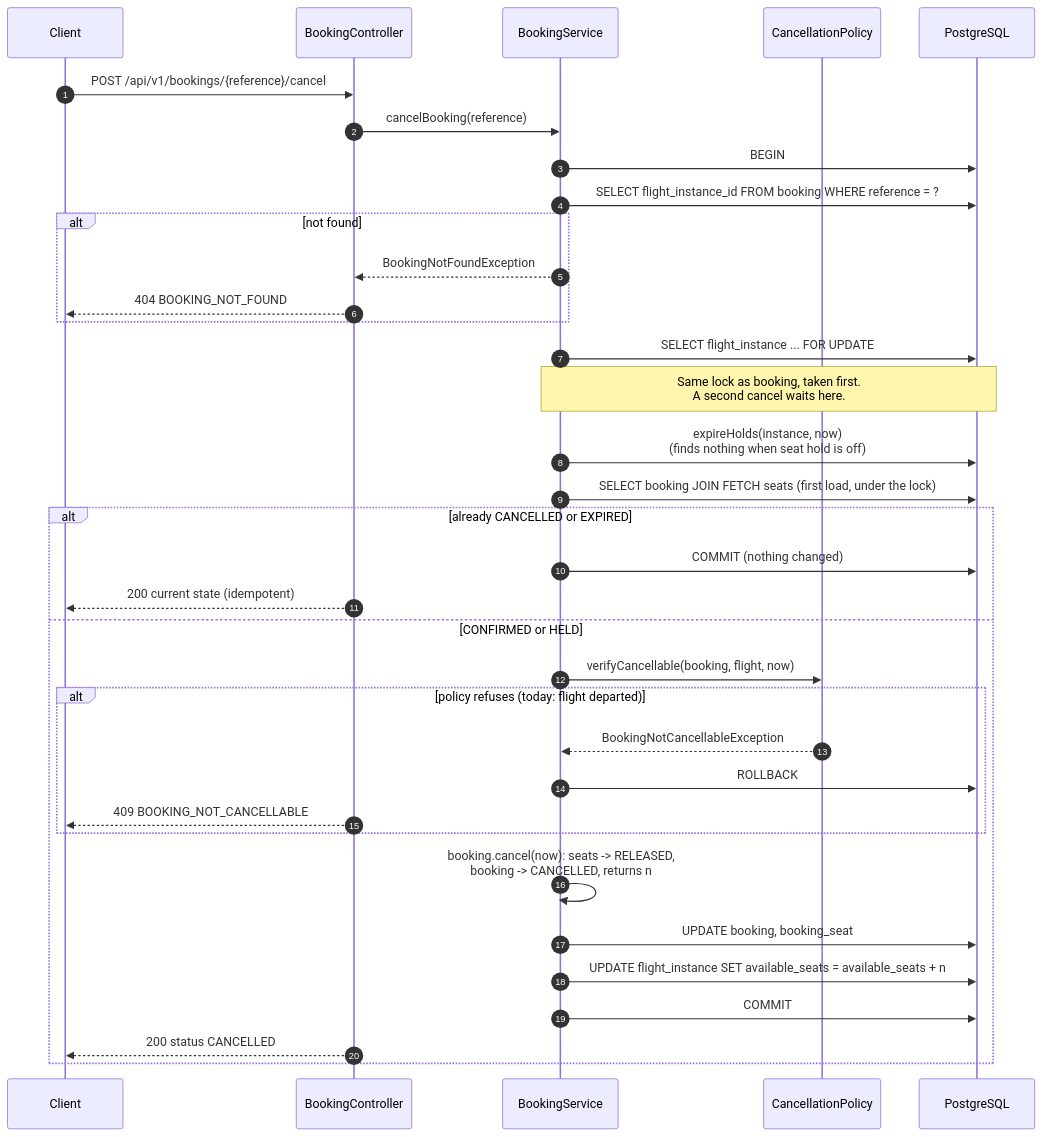
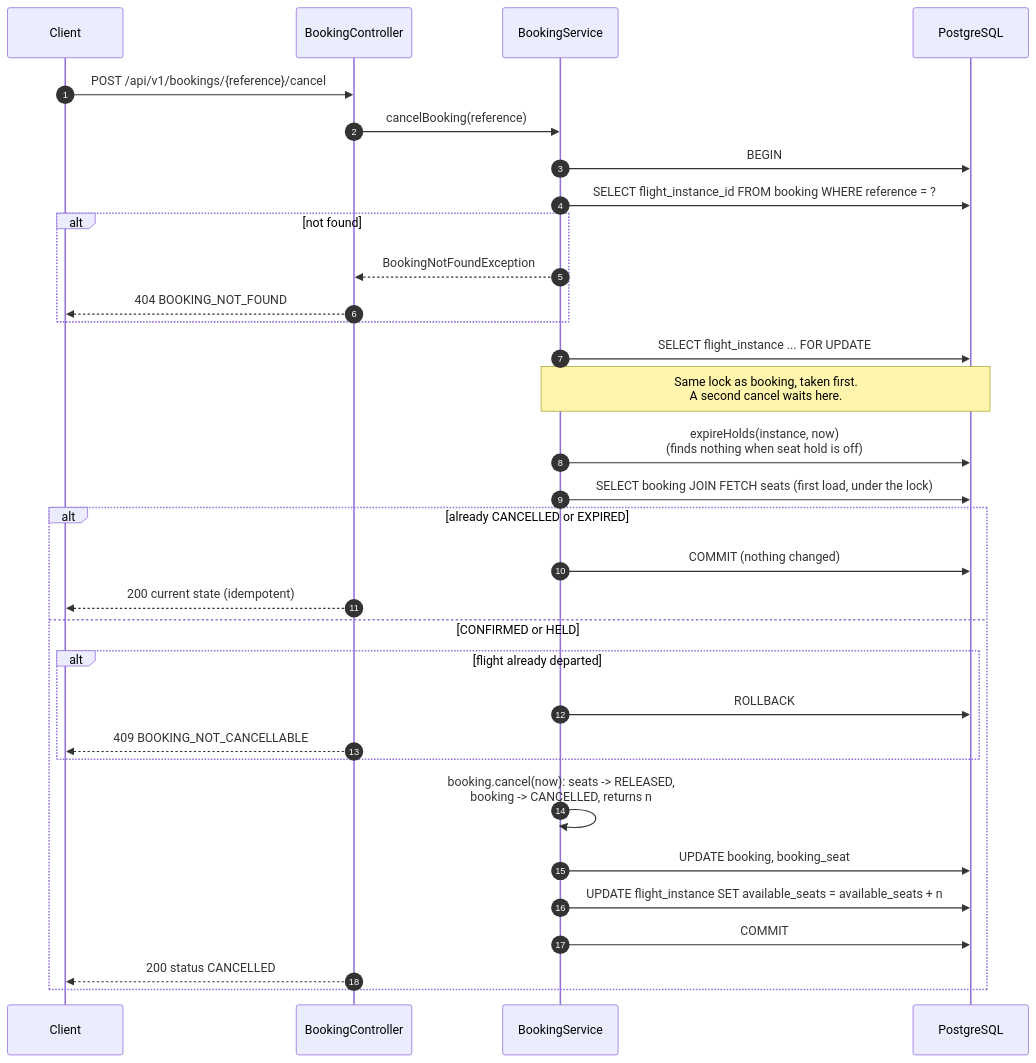
Before and after one commit to ambikadasc/airline-ticketing-system: the diagram in hld/diagrams/cancellation-sequence.mmd, drawn with Mermaid. The commit also changed 35 other files, not shown here.

Commit message:
hardening: portable tooling, safer defaults and schema integrity

```diff
--- a/hld/diagrams/cancellation-sequence.mmd
+++ b/hld/diagrams/cancellation-sequence.mmd
@@ -1,36 +1,33 @@
 sequenceDiagram
     autonumber
     participant C as Client
     participant API as BookingController
     participant S as BookingService
-    participant P as CancellationPolicy
     participant DB as PostgreSQL
 
     C->>API: POST /api/v1/bookings/{reference}/cancel
     API->>S: cancelBooking(reference)
     S->>DB: BEGIN
     S->>DB: SELECT flight_instance_id FROM booking WHERE reference = ?
     alt not found
         S-->>API: BookingNotFoundException
         API-->>C: 404 BOOKING_NOT_FOUND
     end
     S->>DB: SELECT flight_instance ... FOR UPDATE
     Note over S,DB: Same lock as booking, taken first.<br/>A second cancel waits here.
     S->>DB: expireHolds(instance, now)<br/>(finds nothing when seat hold is off)
     S->>DB: SELECT booking JOIN FETCH seats (first load, under the lock)
     alt already CANCELLED or EXPIRED
         S->>DB: COMMIT (nothing changed)
         API-->>C: 200 current state (idempotent)
     else CONFIRMED or HELD
-        S->>P: verifyCancellable(booking, flight, now)
-        alt policy refuses (today: flight departed)
-            P-->>S: BookingNotCancellableException
+        alt flight already departed
             S->>DB: ROLLBACK
             API-->>C: 409 BOOKING_NOT_CANCELLABLE
         end
         S->>S: booking.cancel(now): seats -> RELEASED,<br/>booking -> CANCELLED, returns n
         S->>DB: UPDATE booking, booking_seat
         S->>DB: UPDATE flight_instance SET available_seats = available_seats + n
         S->>DB: COMMIT
         API-->>C: 200 status CANCELLED
     end
```
